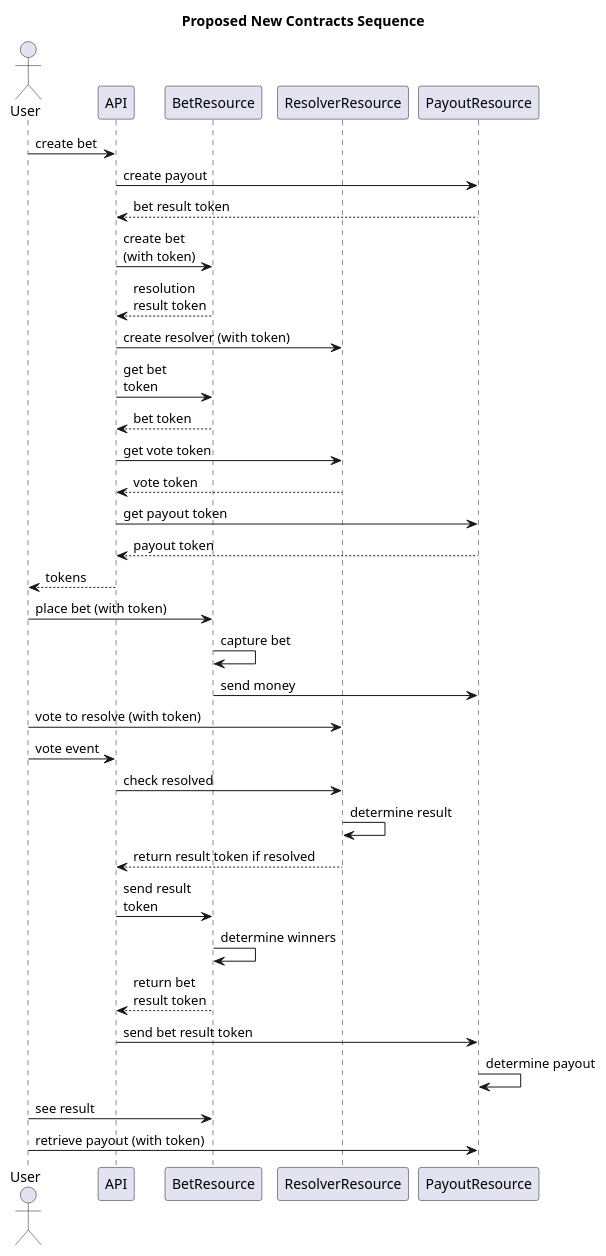
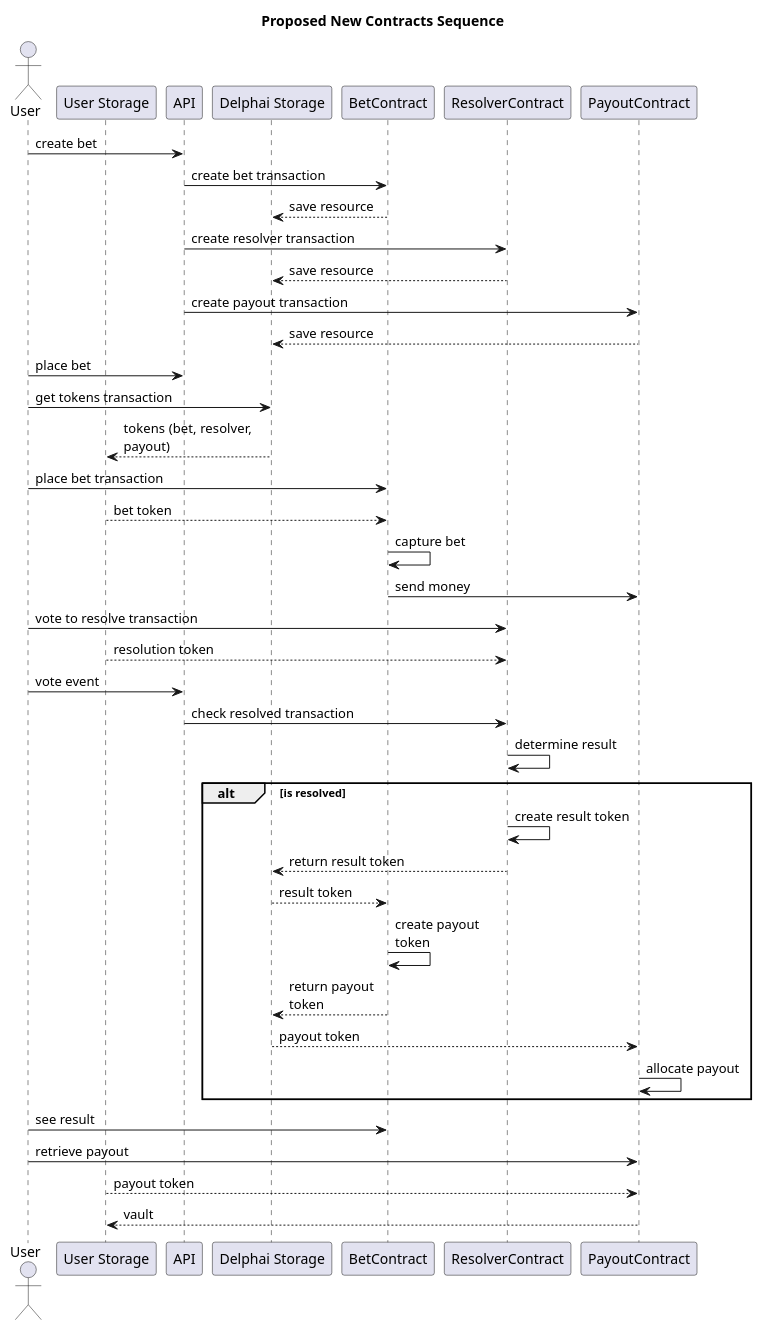
One commit to adhurjaty/prediction-app changed the diagram in docs/Diagrams/src/Architecture/newContractSeq.puml. Above: the diagram before and after it, drawn with PlantUML. The commit also changed 2 other files, not shown here.

```diff
--- a/docs/Diagrams/src/Architecture/newContractSeq.puml
+++ b/docs/Diagrams/src/Architecture/newContractSeq.puml
@@ -1,40 +1,51 @@
 @startuml newContractSeq
 
 title Proposed New Contracts Sequence
 
 actor User as user
+participant "User Storage" as us
 participant API as api
-participant BetResource as br
-participant ResolverResource as rr
-participant PayoutResource as pr
+participant "Delphai Storage" as ds
+participant BetContract as br
+participant ResolverContract as rr
+participant PayoutContract as pr
 
 user -> api : create bet
-api -> pr : create payout
-pr --> api : bet result token
-api -> br : create bet\n(with token)
-br --> api : resolution\nresult token
-api -> rr : create resolver (with token)
-api -> br : get bet\ntoken
-br --> api : bet token
-api -> rr : get vote token
-rr --> api : vote token
-api -> pr : get payout token
-pr --> api : payout token
-api --> user : tokens
-user -> br : place bet (with token)
+api -> br : create bet transaction
+br --> ds : save resource
+api -> rr : create resolver transaction
+rr --> ds : save resource
+api -> pr : create payout transaction
+pr --> ds : save resource
+
+user -> api : place bet
+user -> ds : get tokens transaction
+ds --> us : tokens (bet, resolver,\npayout)
+
+user -> br : place bet transaction
+us --> br : bet token
 br -> br : capture bet
 br -> pr : send money
-user -> rr : vote to resolve (with token)
+
+user -> rr : vote to resolve transaction
+us --> rr : resolution token
+
 user -> api : vote event
-api -> rr : check resolved
+api -> rr : check resolved transaction
 rr -> rr : determine result
-rr --> api : return result token if resolved
-api -> br : send result\ntoken
-br -> br : determine winners
-br --> api : return bet\nresult token
-api -> pr : send bet result token
-pr -> pr : determine payout
+alt is resolved
+    rr -> rr : create result token
+    rr --> ds : return result token
+    ds --> br : result token
+    br -> br : create payout\ntoken
+    br --> ds : return payout\ntoken
+    ds --> pr : payout token
+    pr -> pr : allocate payout
+end
+
 user -> br : see result
-user -> pr : retrieve payout (with token)
+user -> pr : retrieve payout
+us --> pr : payout token
+pr --> us : vault
 
 @enduml
```
